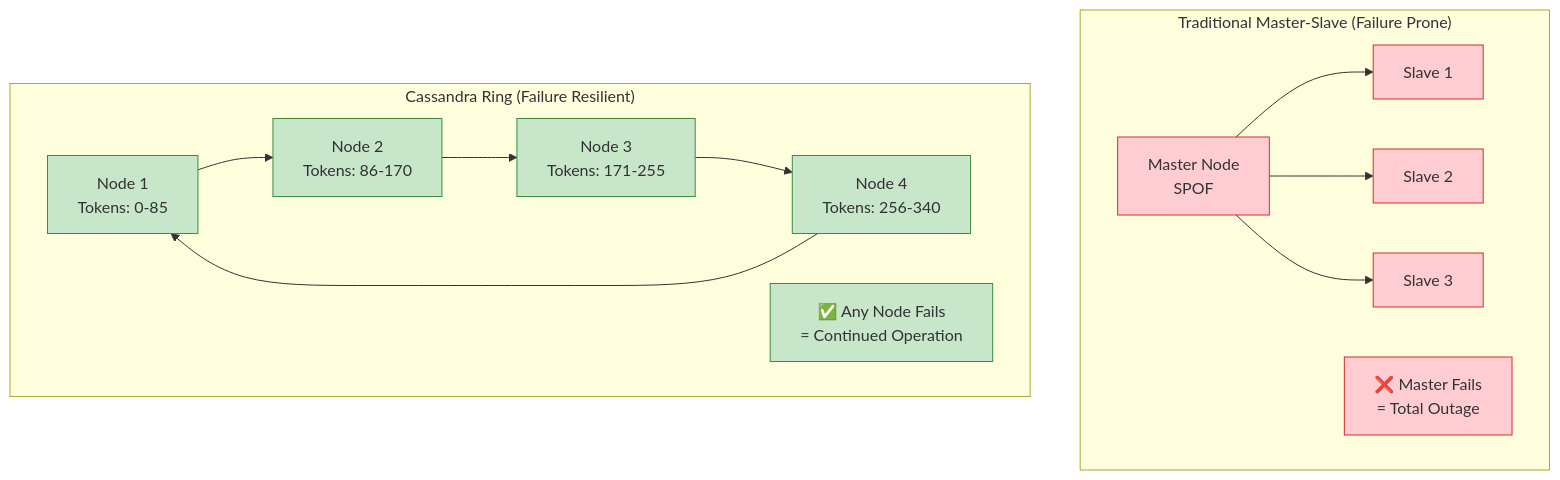
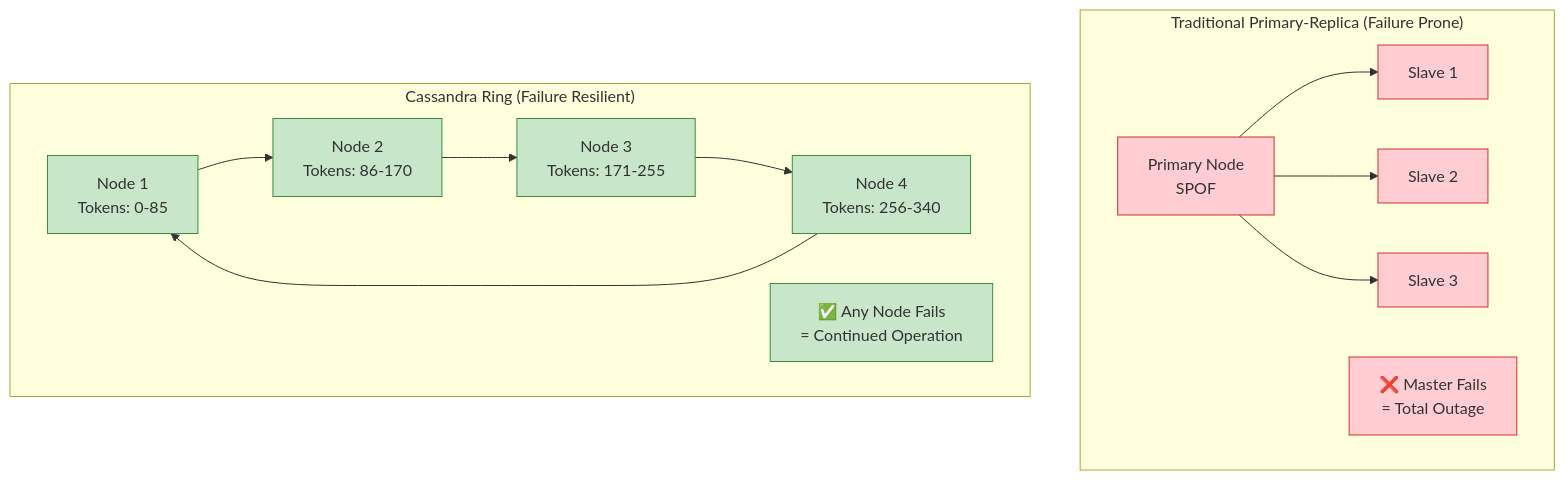
Before and after one commit to deepaucksharma/DStudio: the second of 17 diagrams in docs/architects-handbook/case-studies/databases/cassandra.md, drawn with Mermaid. The commit also changed other lines of this file and 186 other files, not shown here.

````diff
--- a/docs/architects-handbook/case-studies/databases/cassandra.md
+++ b/docs/architects-handbook/case-studies/databases/cassandra.md
@@ -153,35 +153,35 @@
 ```mermaid
 graph TB
- subgraph "Traditional Master-Slave (Failure Prone)"
- M[Master Node<br/>SPOF]
+ subgraph "Traditional Primary-Replica (Failure Prone)"
+ M[Primary Node<br/>SPOF]
  S1[Slave 1]
  S2[Slave 2] 
  S3[Slave 3]
  
  M --> S1
  M --> S2
  M --> S3
  
  X[❌ Master Fails<br/>= Total Outage]
  end
  
  subgraph "Cassandra Ring (Failure Resilient)"
  C1[Node 1<br/>Tokens: 0-85]
  C2[Node 2<br/>Tokens: 86-170]
  C3[Node 3<br/>Tokens: 171-255]
  C4[Node 4<br/>Tokens: 256-340]
  
  C1 --> C2
  C2 --> C3
  C3 --> C4
  C4 --> C1
  
  Y[✅ Any Node Fails<br/>= Continued Operation]
  end
  
  classDef problem fill:#ffcdd2,stroke:#d32f2f
  classDef solution fill:#c8e6c9,stroke:#388e3c
  
  class M,S1,S2,S3,X problem
  class C1,C2,C3,C4,Y solution
 ```
````
